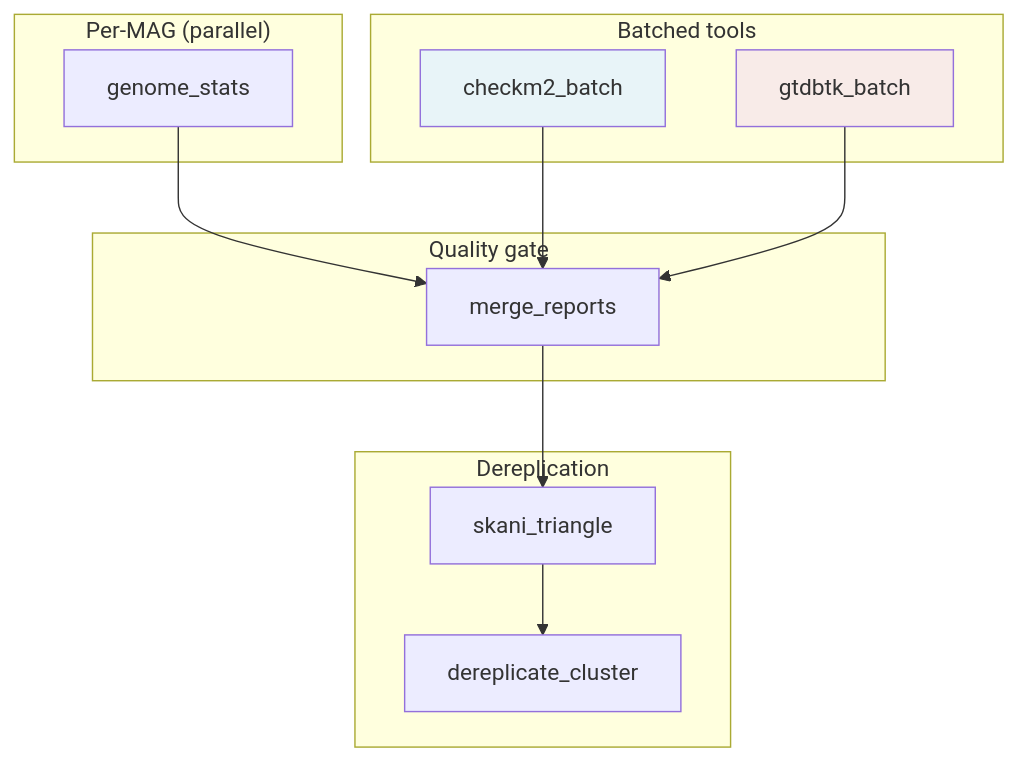
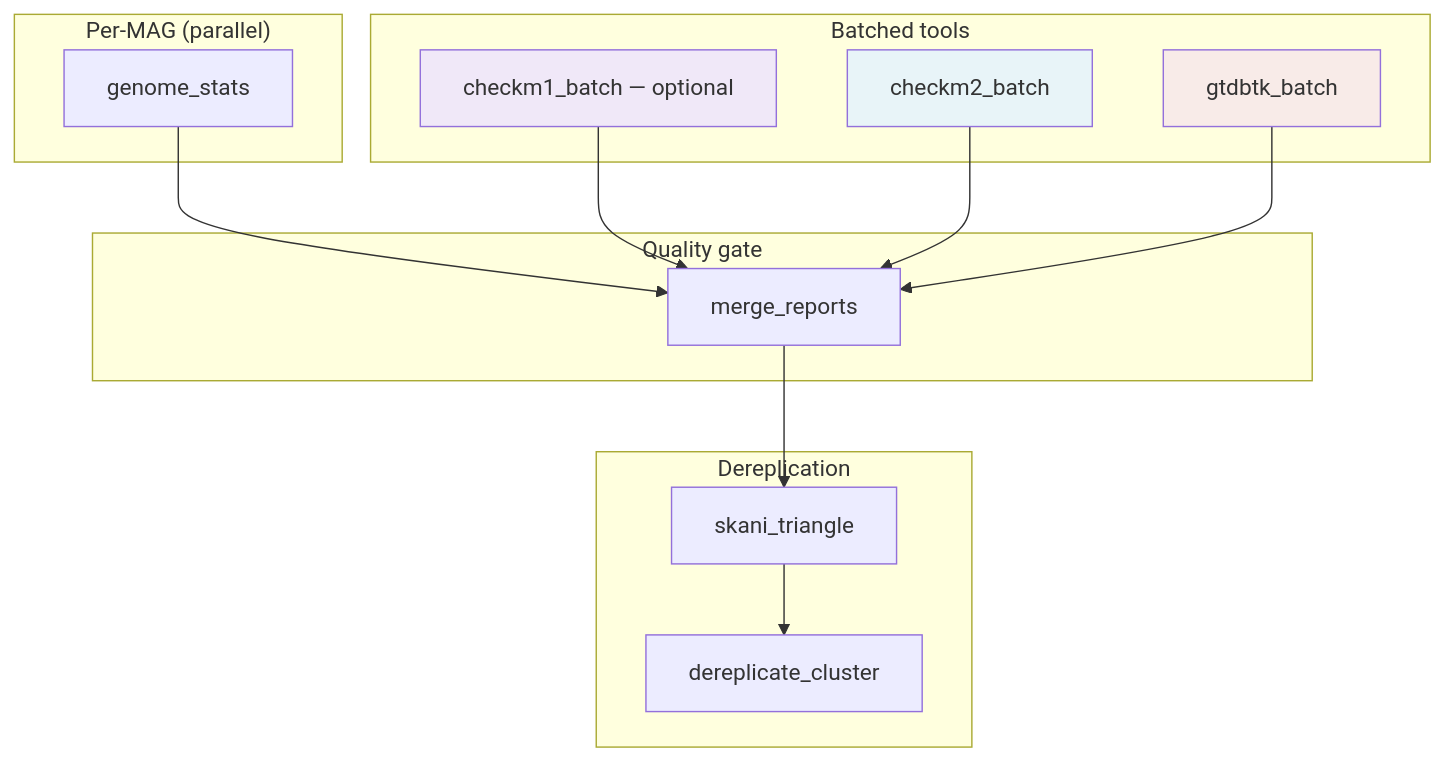
Before and after one commit to SDmetagenomics/meta-pipeline-MAGDrep: the diagram in docs/program-guide.md, drawn with Mermaid. The commit also changed other lines of this file and 16 other files, not shown here.

````diff
--- a/docs/program-guide.md
+++ b/docs/program-guide.md
@@ -207,26 +236,29 @@
 ```mermaid
 flowchart TB
     subgraph "Per-MAG (parallel)"
         A[genome_stats]
     end
     subgraph "Batched tools"
-        B[checkm2_batch]
+        B1[checkm1_batch — optional]
+        B2[checkm2_batch]
         C[gtdbtk_batch]
     end
     subgraph "Quality gate"
         D[merge_reports]
     end
     subgraph "Dereplication"
         E[skani_triangle]
         F[dereplicate_cluster]
     end
 
     A --> D
-    B --> D
+    B1 --> D
+    B2 --> D
     C --> D
     D --> E
     E --> F
 
-    style B fill:#e8f4f8
+    style B1 fill:#f0e8f8
+    style B2 fill:#e8f4f8
     style C fill:#f8ebe8
 ```
````
